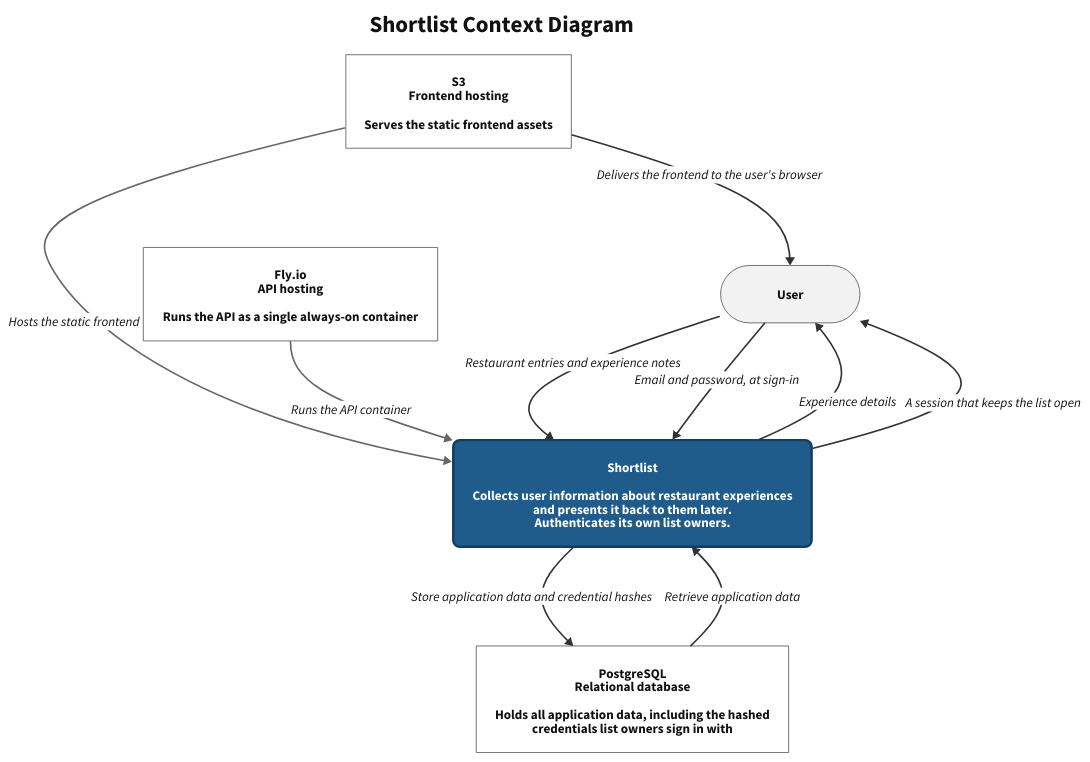
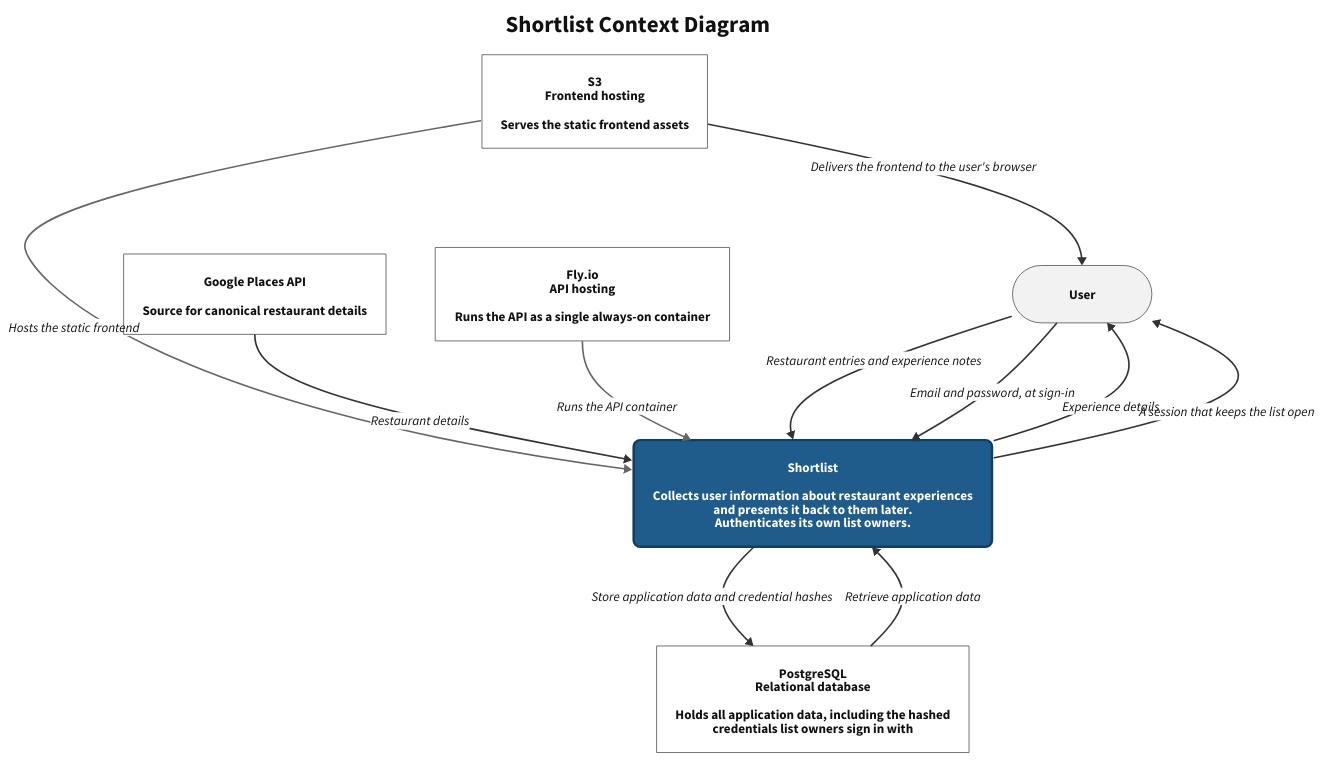
Before and after one commit to arches/shortlist: the diagram in docs/shortlist.context.d2, drawn with D2. The commit also changed 10 other files, not shown here.

Commit message:
Use google places API as the canonical source for restaurant details

```diff
--- a/docs/shortlist.context.d2
+++ b/docs/shortlist.context.d2
@@ -1,105 +1,110 @@
 # alloy: context-diagram
 # Render: d2 docs/shortlist.context.d2 docs/shortlist.context.svg
 #
 # Labels use the quoted "line\nline" form, not |md| block strings: a markdown
 # label replaces the node's shape, which silently drops stroke and
 # border-radius and leaves a white box with no border.
 
 vars: {
   d2-config: {
     layout-engine: dagre
     theme-id: 0
     pad: 24
   }
 }
 
 # Paint the canvas, so dark text never lands on a host's dark background.
 style: {
   fill: "#ffffff"
 }
 
 # Fill and font-color are one decision, set together in every class below.
 classes: {
   subject: {
     style: {
       fill: "#1f5c8b"
       stroke: "#123f61"
       stroke-width: 3
       border-radius: 8
       font-color: "#ffffff"
     }
   }
   external: {
     style: {
       fill: "#ffffff"
       stroke: "#555555"
       stroke-width: 1
       font-color: "#111111"
     }
   }
   actor: {
     width: 170
     height: 70
     style: {
       fill: "#f2f2f2"
       stroke: "#555555"
       stroke-width: 1
       border-radius: 40
       font-color: "#111111"
     }
   }
   flow: {
     style: {
       stroke: "#333333"
       stroke-width: 2
       font-color: "#111111"
     }
   }
   platform: {
     style: {
       stroke: "#666666"
       stroke-width: 2
       font-color: "#111111"
     }
   }
 }
 
 title: Shortlist Context Diagram {
   near: top-center
   shape: text
   style: {
     font-size: 28
     bold: true
     font-color: "#111111"
   }
 }
 
 user: User {
   class: actor
 }
 
 shortlist: "Shortlist\n\nCollects user information about restaurant experiences\nand presents it back to them later.\nAuthenticates its own list owners." {
   class: subject
 }
 
 database: "PostgreSQL\nRelational database\n\nHolds all application data, including the hashed\ncredentials list owners sign in with" {
   class: external
 }
 
 s3: "S3\nFrontend hosting\n\nServes the static frontend assets" {
   class: external
 }
 
+google-places-api: "Google Places API\n\nSource for canonical restaurant details" {
+  class: external
+}
+
 fly: "Fly.io\nAPI hosting\n\nRuns the API as a single always-on container" {
   class: external
 }
 
 user -> shortlist: Restaurant entries and experience notes {class: flow}
 shortlist -> user: Experience details {class: flow}
+google-places-api -> shortlist: Restaurant details {class: flow}
 user -> shortlist: Email and password, at sign-in {class: flow}
 shortlist -> user: A session that keeps the list open {class: flow}
 shortlist -> database: Store application data and credential hashes {class: flow}
 database -> shortlist: Retrieve application data {class: flow}
 s3 -> shortlist: Hosts the static frontend {class: platform}
 s3 -> user: Delivers the frontend to the user's browser {class: flow}
 fly -> shortlist: Runs the API container {class: platform}
```
